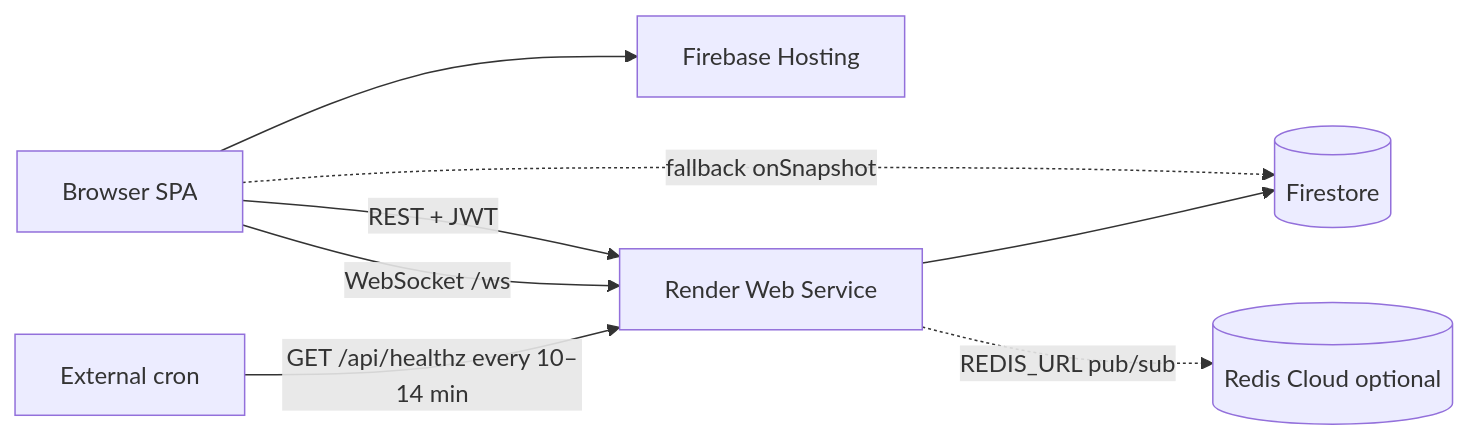
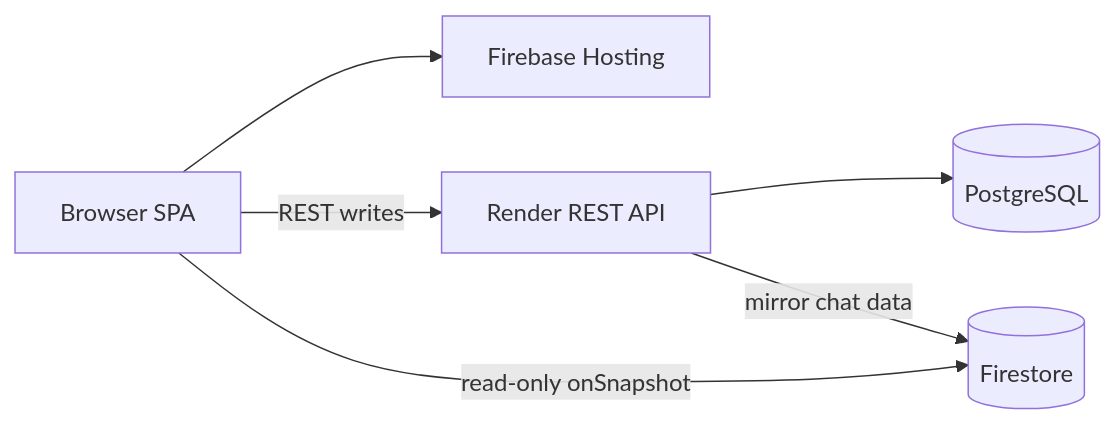
Before and after one commit to Ace-Groups/Ace-Digital: the diagram in docs/PRODUCTION.md, drawn with Mermaid. The commit also changed other lines of this file and 51 other files, not shown here.

````diff
--- a/docs/PRODUCTION.md
+++ b/docs/PRODUCTION.md
@@ -18,17 +13,14 @@
 ```mermaid
 flowchart LR
   Browser[Browser SPA]
   Hosting[Firebase Hosting]
-  Render[Render Web Service]
-  FS[(Firestore)]
-  Redis[(Redis Cloud optional)]
-  Cron[External cron]
+  Render[Render REST API]
+  Postgres[(PostgreSQL)]
+  Firestore[(Firestore)]
 
   Browser --> Hosting
-  Browser -->|REST + JWT| Render
-  Browser -->|WebSocket /ws| Render
-  Browser -.->|fallback onSnapshot| FS
-  Render --> FS
-  Render -.->|REDIS_URL pub/sub| Redis
-  Cron -->|GET /api/healthz every 10–14 min| Render
+  Browser -->|REST writes| Render
+  Render --> Postgres
+  Render -->|mirror chat data| Firestore
+  Browser -->|read-only onSnapshot| Firestore
 ```
````
